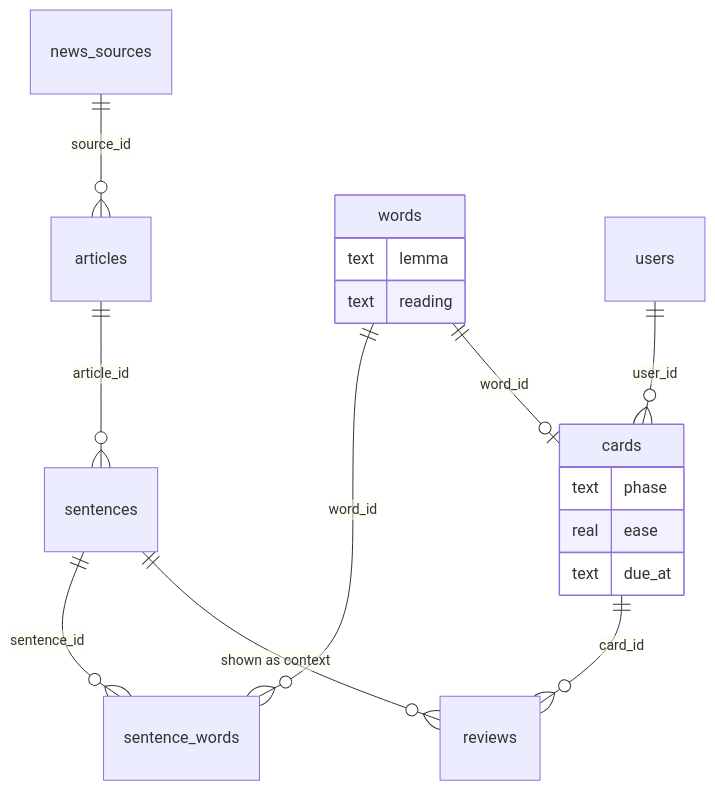
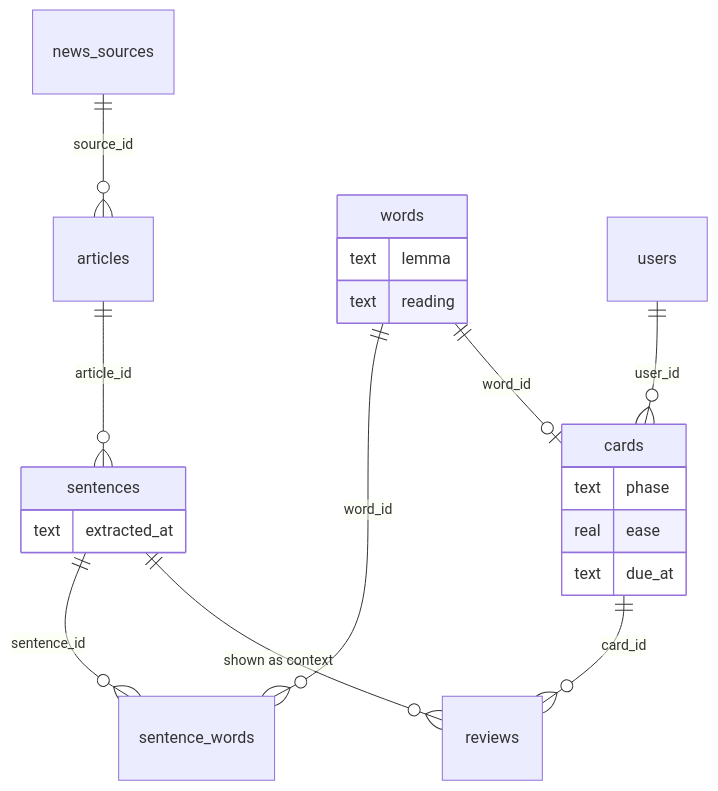
One commit to rikiisworking/jkrt changed the seventh of 7 diagrams in README.md. Above: the diagram before and after it, drawn with Mermaid. The commit also changed other lines of this file and 4 other files, not shown here.

````diff
--- a/README.md
+++ b/README.md
@@ -263,21 +265,24 @@
 ```mermaid
 erDiagram
   news_sources ||--o{ articles : "source_id"
   articles ||--o{ sentences : "article_id"
   sentences ||--o{ sentence_words : "sentence_id"
   words ||--o{ sentence_words : "word_id"
   words ||--o| cards : "word_id"
   users ||--o{ cards : "user_id"
   cards ||--o{ reviews : "card_id"
   sentences ||--o{ reviews : "shown as context"
 
+  sentences {
+    text extracted_at
+  }
   words {
     text lemma
     text reading
   }
   cards {
     text phase
     real ease
     text due_at
   }
 ```
````
